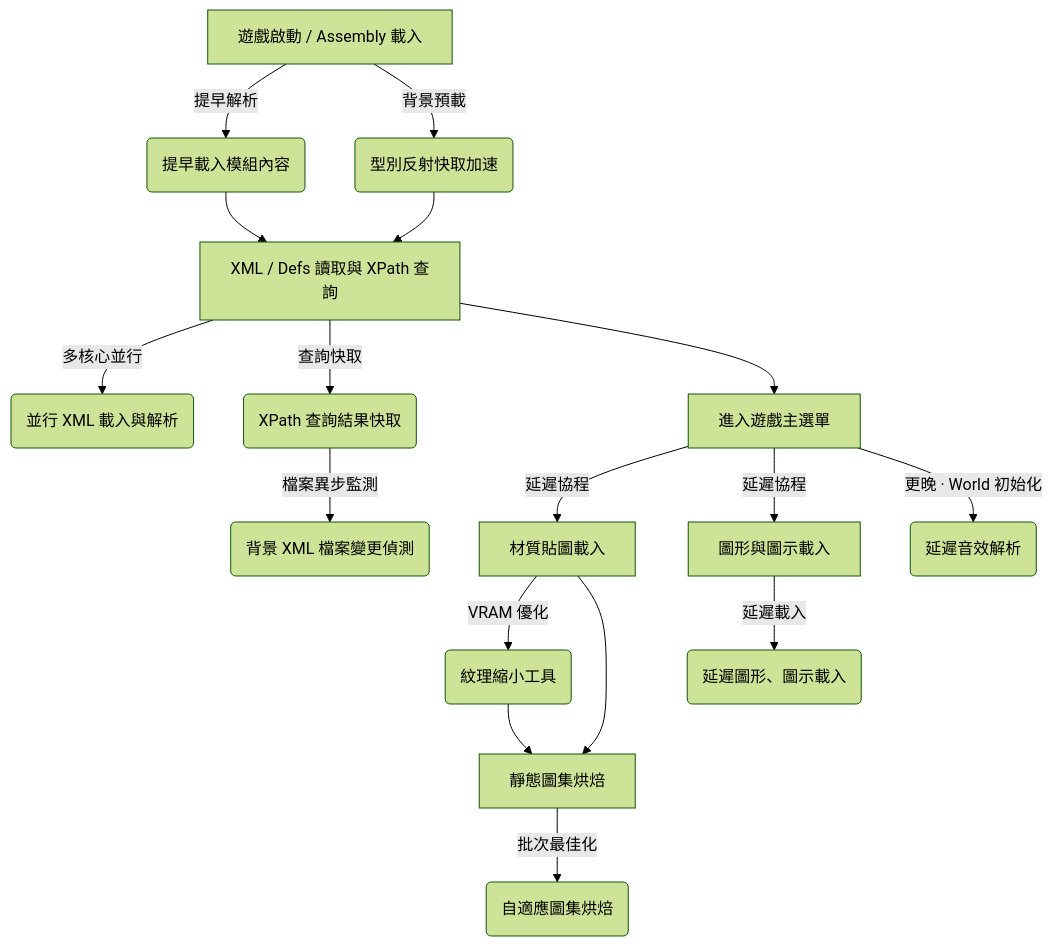
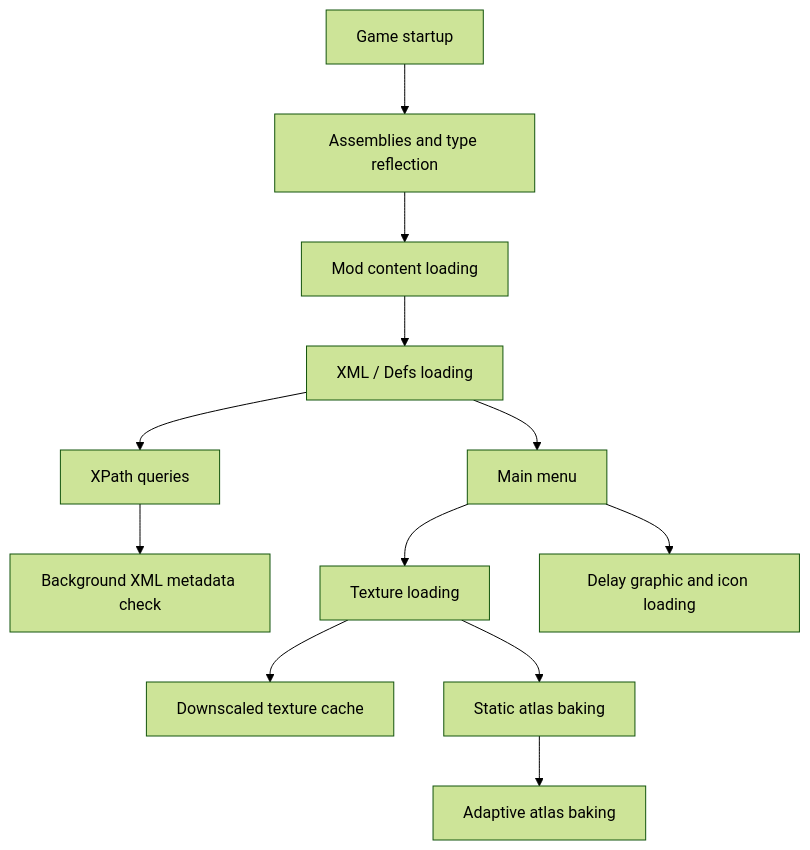
One commit to mushroomTW/FasterGameLoading---Continued changed the diagram in README.md. Above: the diagram before and after it, drawn with Mermaid (forest theme). The commit also changed other lines of this file, not shown here.

````diff
--- a/README.md
+++ b/README.md
@@ -14,21 +10,14 @@
 ```mermaid
 graph TD
-    A[遊戲啟動 / Assembly 載入] -->|提早解析| C(提早載入模組內容)
-    A -->|背景預載| R(型別反射快取加速)
-    C --> D[XML / Defs 讀取與 XPath 查詢]
-    R --> D
-    D -->|多核心並行| E(並行 XML 載入與解析)
-    D -->|查詢快取| F(XPath 查詢結果快取)
-    F -->|檔案異步監測| G(背景 XML 檔案變更偵測)
-    %% 關鍵：圖形、圖集、音效等工作被延遲，先讓主選單快速出現
-    D --> O[進入遊戲主選單]
-    %% 進入主選單後，PerformActions 協程才分幀執行以下延遲工作
-    O -->|延遲協程| H[材質貼圖載入]
-    H -->|VRAM 優化| K(紋理縮小工具)
-    H --> L[靜態圖集烘焙]
-    K --> L
-    L -->|批次最佳化| M(自適應圖集烘焙)
-    O -->|延遲協程| P[圖形與圖示載入]
-    P -->|延遲載入| Q(延遲圖形、圖示載入)
-    O -->|更晚 · World 初始化| S(延遲音效解析)
+    A[Game startup] --> B[Assemblies and type reflection]
+    B --> C[Mod content loading]
+    C --> D[XML / Defs loading]
+    D --> E[XPath queries]
+    E --> F[Background XML metadata check]
+    D --> G[Main menu]
+    G --> H[Texture loading]
+    H --> I[Downscaled texture cache]
+    H --> J[Static atlas baking]
+    J --> K[Adaptive atlas baking]
+    G --> L[Delay graphic and icon loading]
 ```
````
